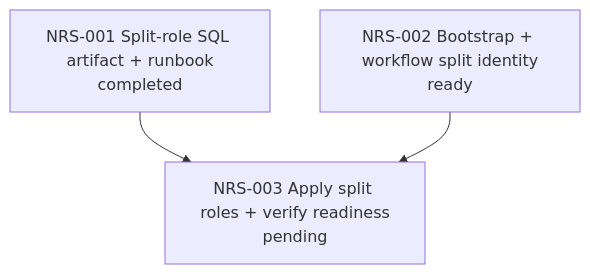
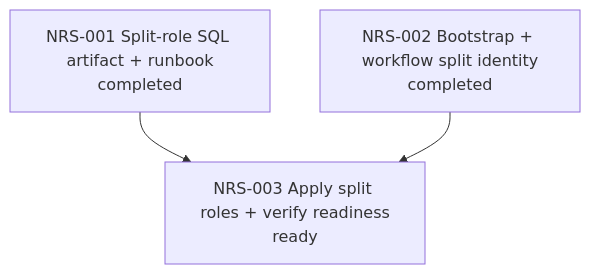
The seventh of 7 diagrams in agent-workflow/WORK_GRAPH.md (allenljf/algorithm-learning), drawn with Mermaid before and after one commit. The commit also changed 5 other files, not shown here.

Commit message:
chore: bind the split Neon identities in bootstrap and the deploy workflow

````diff
--- a/agent-workflow/WORK_GRAPH.md
+++ b/agent-workflow/WORK_GRAPH.md
@@ -164,9 +164,9 @@
 ```mermaid
 flowchart TD
   R1[NRS-001 Split-role SQL artifact + runbook\ncompleted]
-  R2[NRS-002 Bootstrap + workflow split identity\nready]
-  R3[NRS-003 Apply split roles + verify readiness\npending]
+  R2[NRS-002 Bootstrap + workflow split identity\ncompleted]
+  R3[NRS-003 Apply split roles + verify readiness\nready]
 
   R1 --> R3
   R2 --> R3
 ```
````
